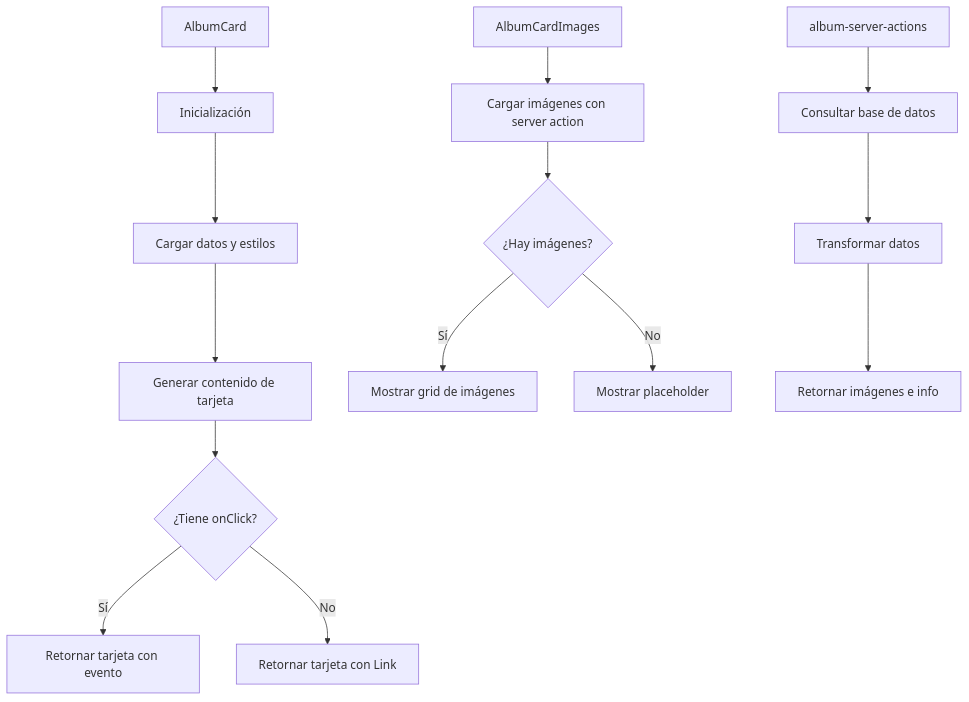
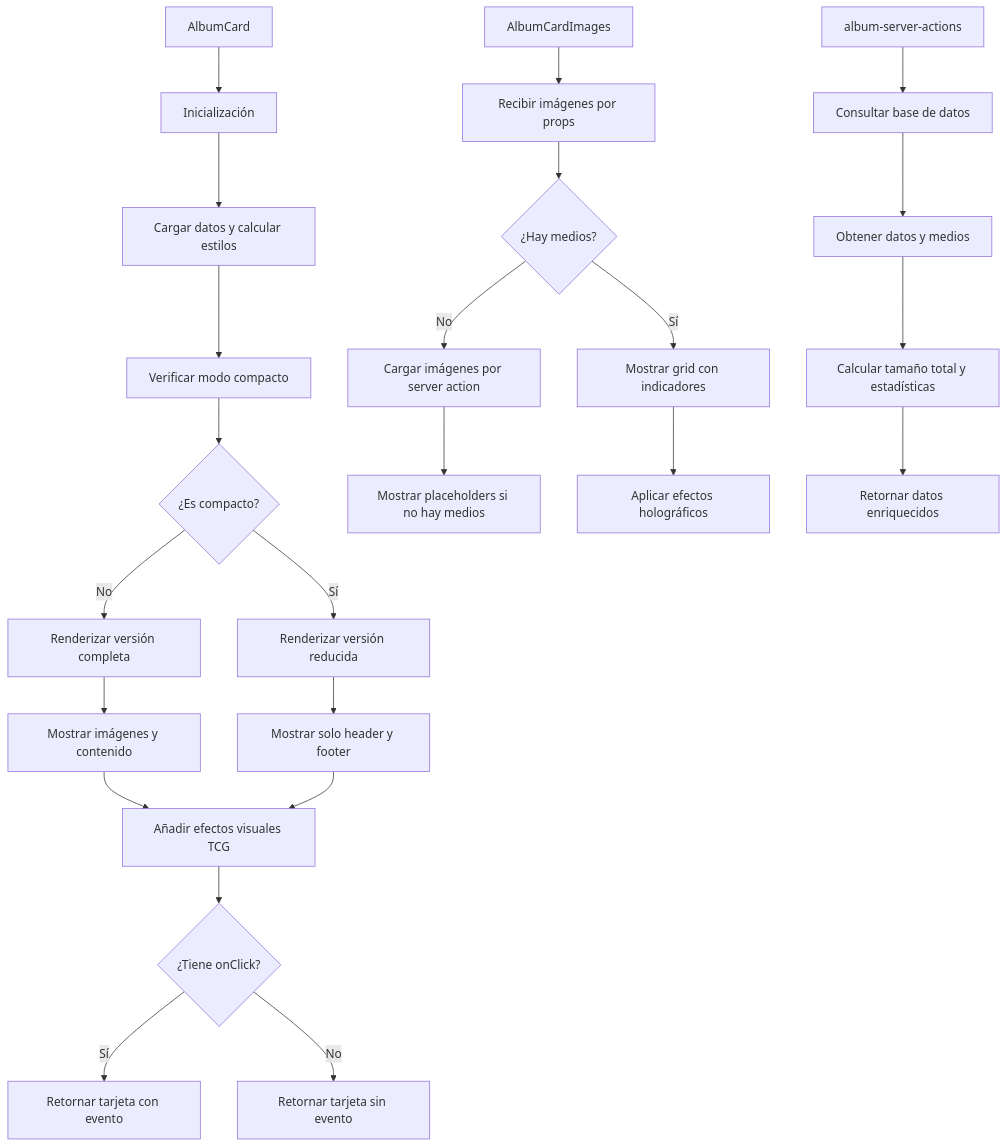
Before and after one commit to gvastethecreator/media-manager: the diagram in src/components/cards/album-card/README.md, drawn with Mermaid. The commit also changed other lines of this file and 244 other files, not shown here.

````diff
--- a/src/components/cards/album-card/README.md
+++ b/src/components/cards/album-card/README.md
@@ -17,18 +21,28 @@
 ```mermaid
 graph TD
     A[AlbumCard] --> B[Inicialización]
-    B --> C[Cargar datos y estilos]
-    C --> D[Generar contenido de tarjeta]
-    D --> E{¿Tiene onClick?}
-    E -->|Sí| F[Retornar tarjeta con evento]
-    E -->|No| G[Retornar tarjeta con Link]
+    B --> C[Cargar datos y calcular estilos]
+    C --> D[Verificar modo compacto]
+    D --> E{¿Es compacto?}
+    E -->|Sí| F[Renderizar versión reducida]
+    E -->|No| G[Renderizar versión completa]
+    G --> H[Mostrar imágenes y contenido]
+    F --> I[Mostrar solo header y footer]
+    H --> J[Añadir efectos visuales TCG]
+    I --> J
+    J --> K{¿Tiene onClick?}
+    K -->|Sí| L[Retornar tarjeta con evento]
+    K -->|No| M[Retornar tarjeta sin evento]
 
-    H[AlbumCardImages] --> I[Cargar imágenes con server action]
-    I --> J{¿Hay imágenes?}
-    J -->|Sí| K[Mostrar grid de imágenes]
-    J -->|No| L[Mostrar placeholder]
+    N[AlbumCardImages] --> O[Recibir imágenes por props]
+    O --> P{¿Hay medios?}
+    P -->|Sí| Q[Mostrar grid con indicadores]
+    P -->|No| R[Cargar imágenes por server action]
+    R --> S[Mostrar placeholders si no hay medios]
+    Q --> T[Aplicar efectos holográficos]
 
-    M[album-server-actions] --> N[Consultar base de datos]
-    N --> O[Transformar datos]
-    O --> P[Retornar imágenes e info]
+    U[album-server-actions] --> V[Consultar base de datos]
+    V --> W[Obtener datos y medios]
+    W --> X[Calcular tamaño total y estadísticas]
+    X --> Y[Retornar datos enriquecidos]
 ```
````
